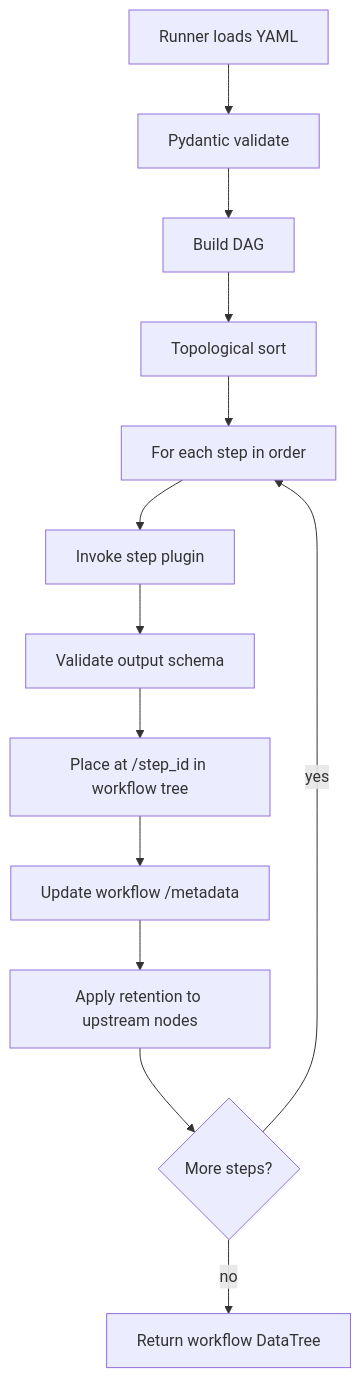
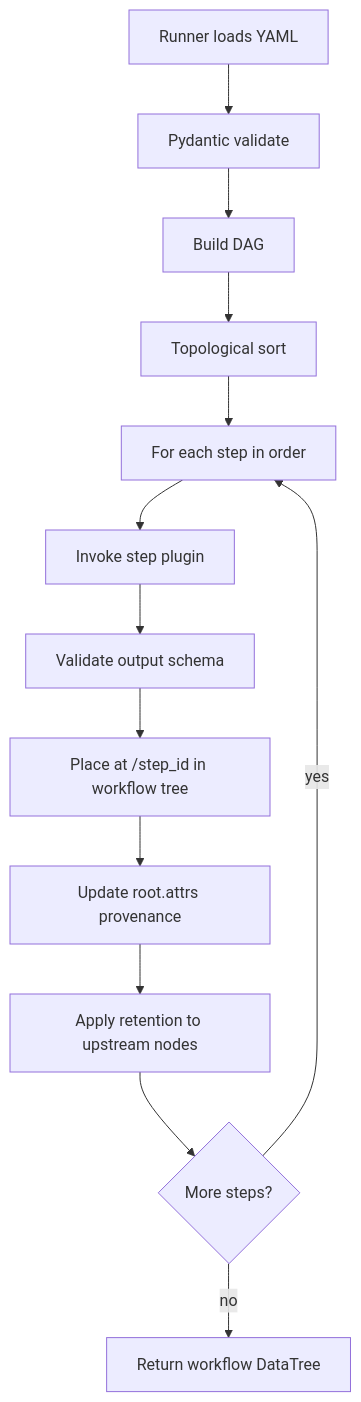
Before and after one commit to NRLMMD-GEOIPS/geoips: the first of 5 diagrams in docs/dev/datatree-spec.md, drawn with Mermaid. The commit also changed other lines of this file, not shown here.

First line of the commit message:
Revise DataTree spec to actually remove the /metadata portions

````diff
--- a/docs/dev/datatree-spec.md
+++ b/docs/dev/datatree-spec.md
@@ -1128,15 +1072,15 @@
 ```mermaid
 flowchart TD
     A[Runner loads YAML] --> B[Pydantic validate]
     B --> C[Build DAG]
     C --> D[Topological sort]
     D --> E[For each step in order]
     E --> H[Invoke step plugin]
     H --> I[Validate output schema]
     I --> J[Place at /step_id in workflow tree]
-    J --> K[Update workflow /metadata]
+    J --> K[Update root.attrs provenance]
     K --> L[Apply retention to upstream nodes]
     L --> M{More steps?}
     M -- yes --> E
     M -- no --> N[Return workflow DataTree]
 ```
````
